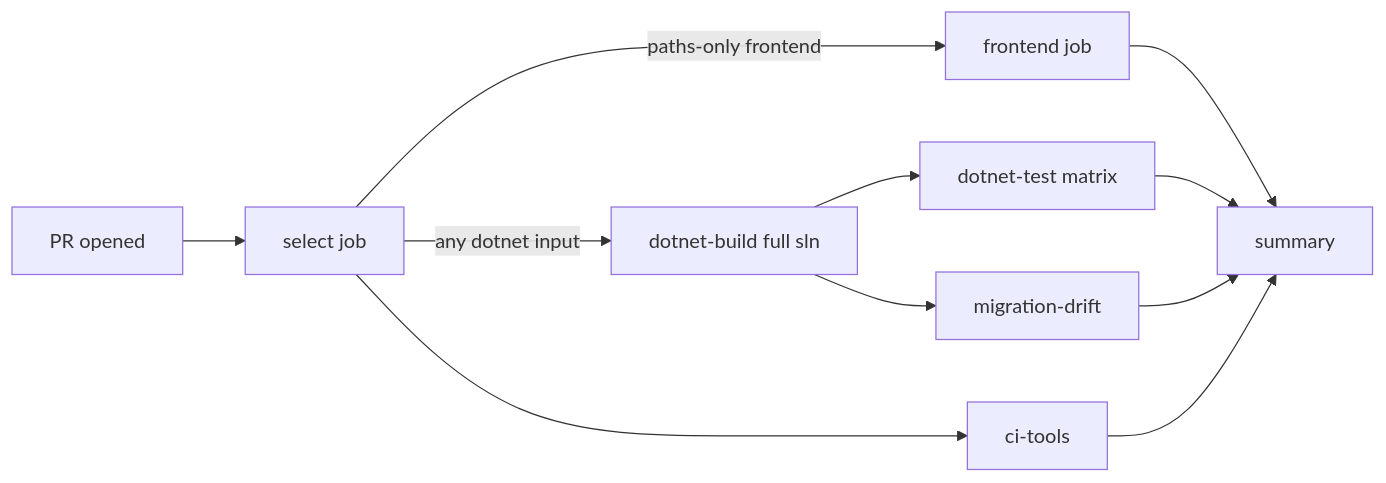
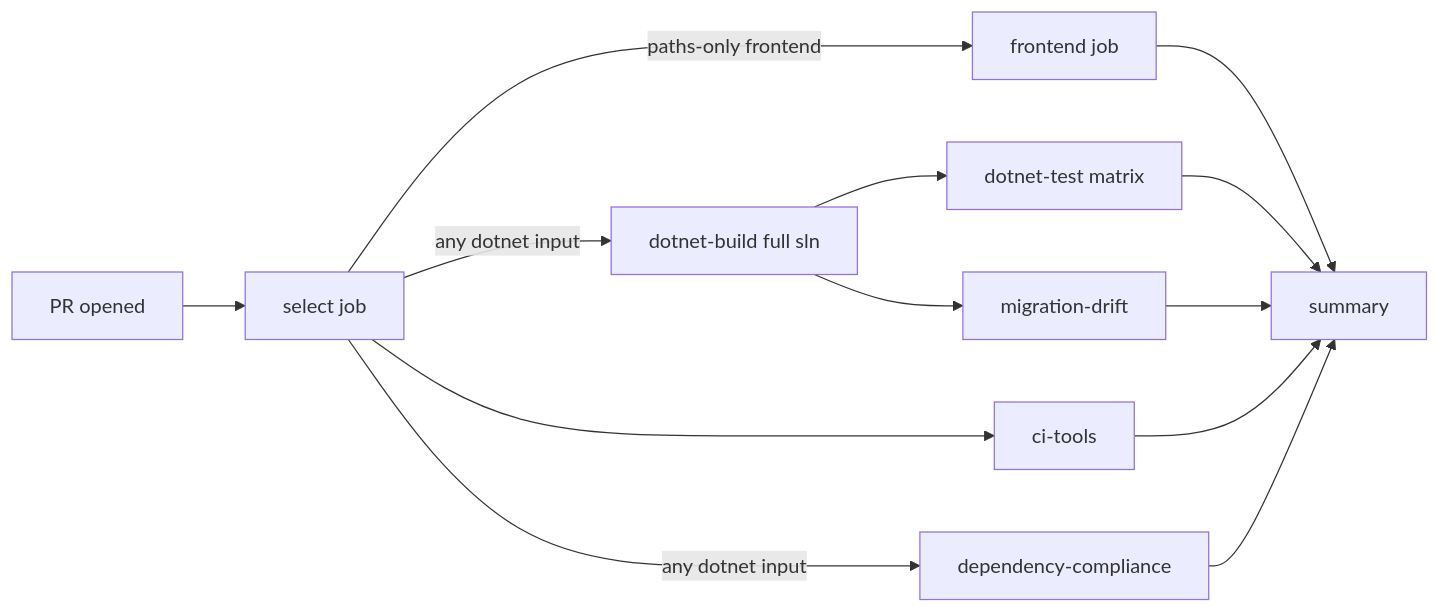
Before and after one commit to OlyForge3D/PrintFarmer: the diagram in docs/CI.md, drawn with Mermaid. The commit also changed other lines of this file and 1 other file, not shown here.

First line of the commit message:
ci: gate ci-tools dotnet restore/compliance behind want_dotnet_build

````diff
--- a/docs/CI.md
+++ b/docs/CI.md
@@ -19,13 +19,15 @@
 ```mermaid
 flowchart LR
   A[PR opened] --> B[select job]
   B -->|paths-only frontend| C[frontend job]
   B -->|any dotnet input| D[dotnet-build full sln]
   D --> E[dotnet-test matrix]
   D --> F[migration-drift]
   B --> G[ci-tools]
+  B -->|any dotnet input| I[dependency-compliance]
   C --> H[summary]
   E --> H
   F --> H
   G --> H
+  I --> H
 ```
````
